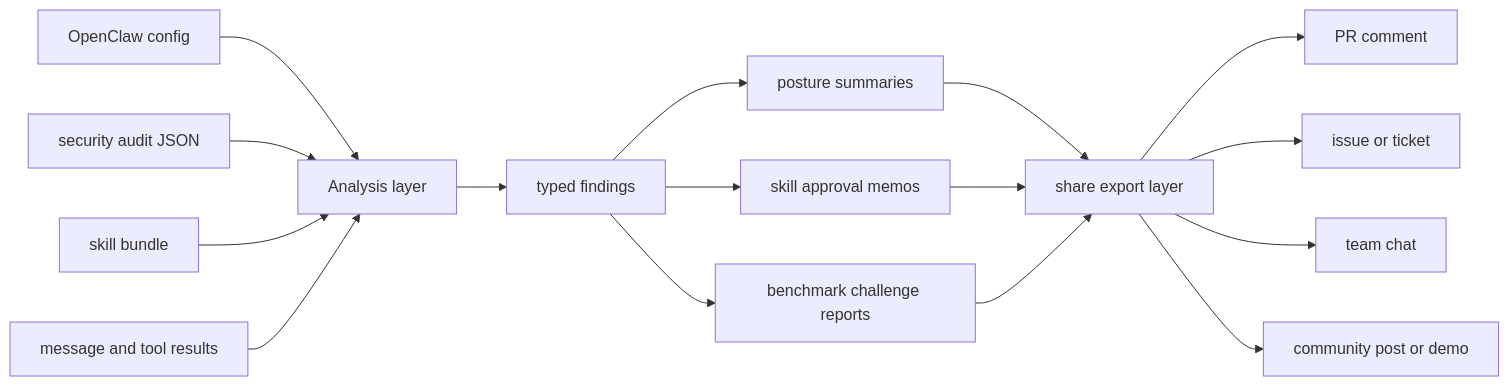
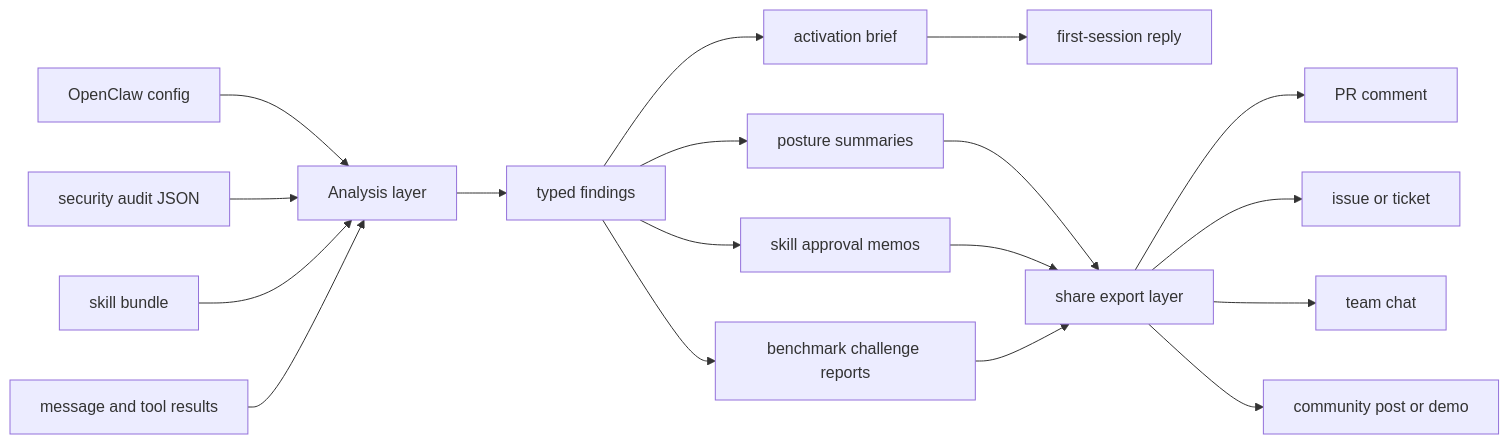
Before and after one commit to cschanhniem/clawshield: the third of 3 diagrams in docs/architecture/trust-loop.md, drawn with Mermaid. The commit also changed other lines of this file and 40 other files, not shown here.

Commit message:
Release 0.1.3 with activation brief and Telegram aliases

````diff
--- a/docs/architecture/trust-loop.md
+++ b/docs/architecture/trust-loop.md
@@ -46,18 +49,20 @@
 ```mermaid
 flowchart LR
   A[OpenClaw config] --> E[Analysis layer]
   B[security audit JSON] --> E
   C[skill bundle] --> E
   D[message and tool results] --> E
   E --> F[typed findings]
-  F --> G[posture summaries]
-  F --> H[skill approval memos]
-  F --> I[benchmark challenge reports]
-  G --> J[share export layer]
-  H --> J
-  I --> J
-  J --> K[PR comment]
-  J --> L[issue or ticket]
-  J --> M[team chat]
-  J --> N[community post or demo]
+  F --> G[activation brief]
+  F --> H[posture summaries]
+  F --> I[skill approval memos]
+  F --> J[benchmark challenge reports]
+  G --> K[first-session reply]
+  H --> L[share export layer]
+  I --> L
+  J --> L
+  L --> M[PR comment]
+  L --> N[issue or ticket]
+  L --> O[team chat]
+  L --> P[community post or demo]
 ```
````
